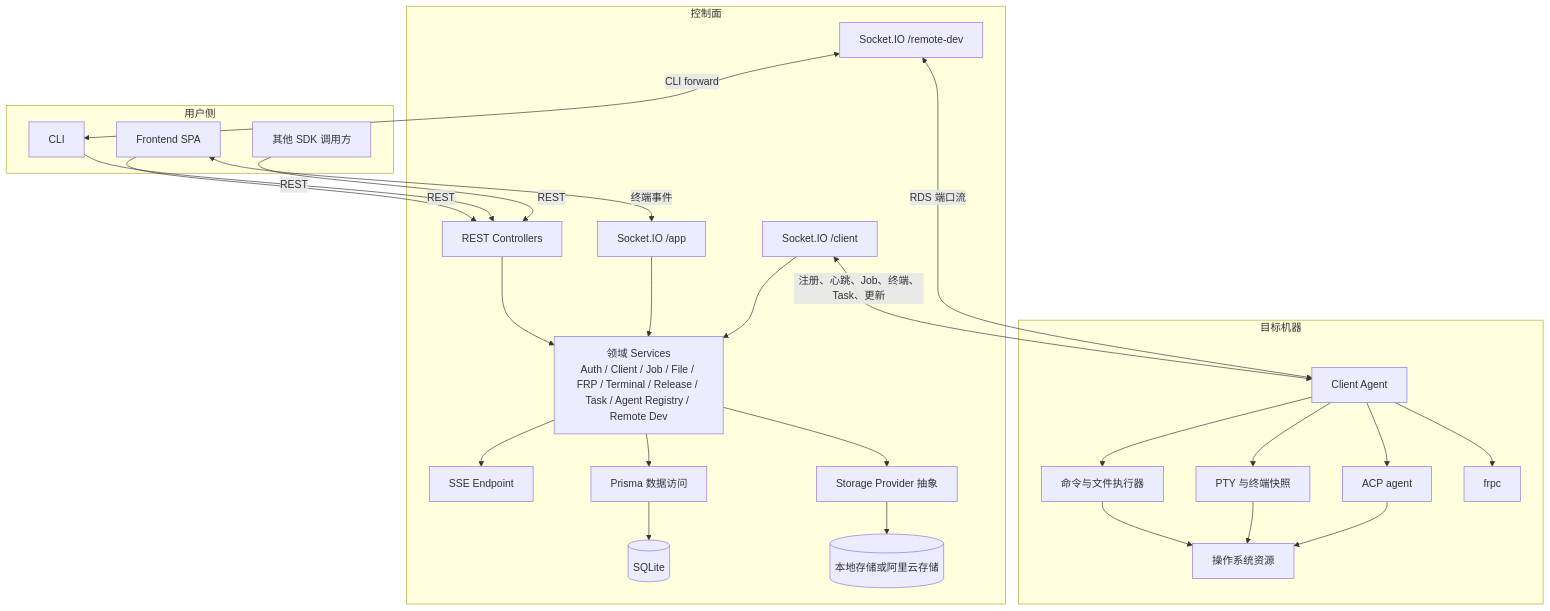
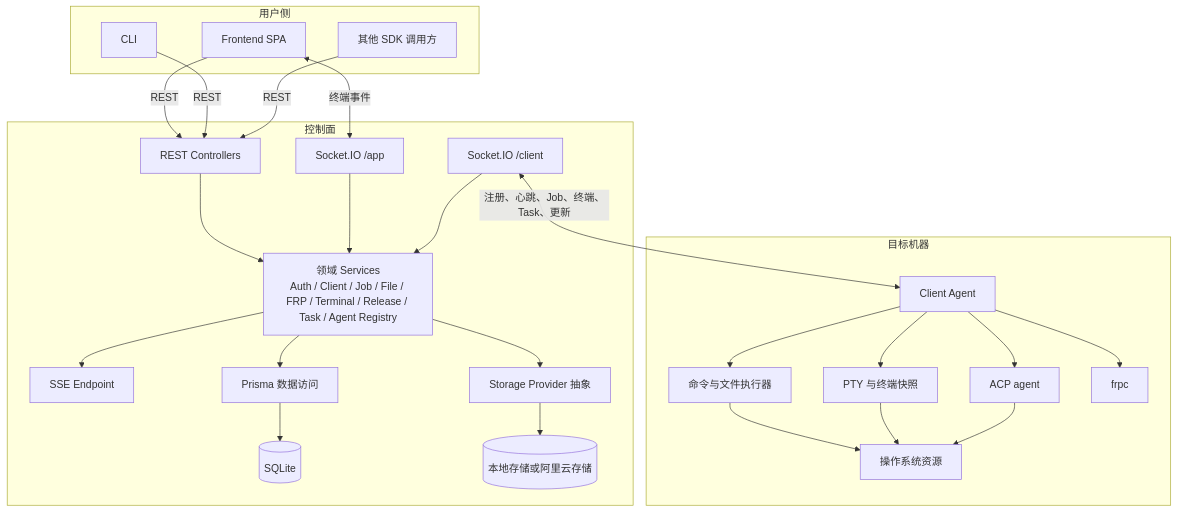
One commit to xuzhen97/VCPDeck changed the second of 8 diagrams in docs/architecture.md. Above: the diagram before and after it, drawn with Mermaid. The commit also changed other lines of this file and 73 other files, not shown here.

First line of the commit message:
refactor!: 退役 Remote Dev Session，agent 任务统一收敛到 A2A Task（ADR-0060）

````diff
--- a/docs/architecture.md
+++ b/docs/architecture.md
@@ -70,55 +70,52 @@
 ```mermaid
 flowchart TB
     subgraph UserSide[用户侧]
         Browser[Frontend SPA]
         Cli[CLI]
         SdkUser[其他 SDK 调用方]
     end
 
     subgraph ControlPlane[控制面]
         Http[REST Controllers]
         AppWs[Socket.IO /app]
         ClientWs[Socket.IO /client]
         Sse[SSE Endpoint]
-        Services[领域 Services<br/>Auth / Client / Job / File / FRP / Terminal / Release / Task / Agent Registry / Remote Dev]
+        Services[领域 Services<br/>Auth / Client / Job / File / FRP / Terminal / Release / Task / Agent Registry]
         Prisma[Prisma 数据访问]
         StorageSvc[Storage Provider 抽象]
         Db[(SQLite)]
         FileStore[(本地存储或阿里云存储)]
-        RdsWs[Socket.IO /remote-dev]
     end
 
     subgraph RemoteNode[目标机器]
         Client[Client Agent]
         Executor[命令与文件执行器]
         Terminal[PTY 与终端快照]
         AcpAgent[ACP agent]
         Frpc[frpc]
         Os[操作系统资源]
     end
 
     Browser -->|REST| Http
     Browser <-->|终端事件| AppWs
     Cli -->|REST| Http
     SdkUser -->|REST| Http
 
     Http --> Services
     AppWs --> Services
     ClientWs --> Services
     Services --> Sse
     Services --> Prisma
     Services --> StorageSvc
     Prisma --> Db
     StorageSvc --> FileStore
 
     ClientWs <-->|注册、心跳、Job、终端、Task、更新| Client
     Client --> Executor
     Client --> Terminal
     Client --> AcpAgent
     Client --> Frpc
     Executor --> Os
     Terminal --> Os
     AcpAgent --> Os
-    RdsWs <-->|RDS 端口流| Client
-    RdsWs <-->|CLI forward| Cli
 ```
````
